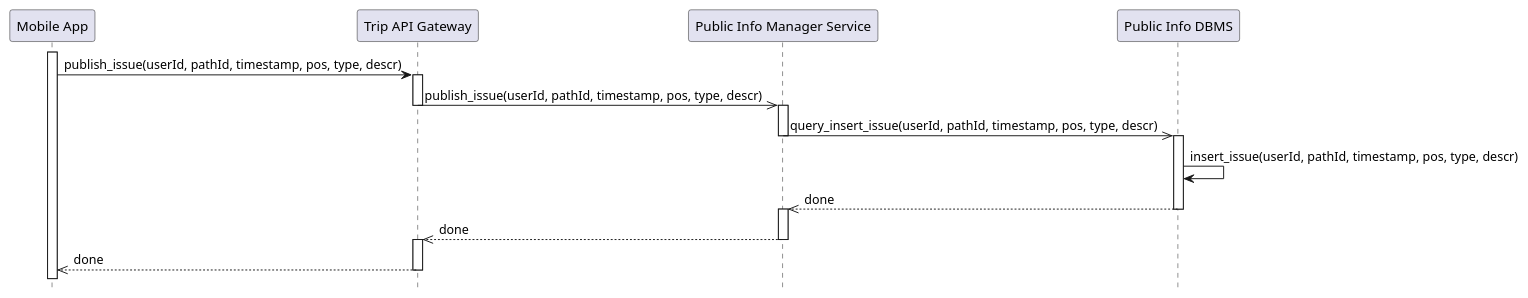
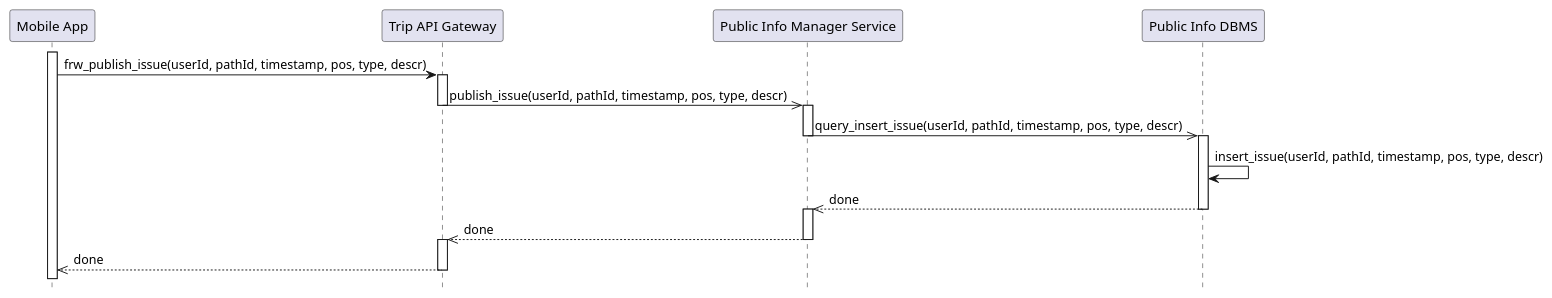
The diagram in diagrams/DD/sequenceDiagram/sd9_manual_report.puml (Guflie/PoliMi-SWE2-RDD-project), drawn with PlantUML before and after one commit. The commit also changed 20 other files, not shown here.

```diff
--- a/diagrams/DD/sequenceDiagram/sd9_manual_report.puml
+++ b/diagrams/DD/sequenceDiagram/sd9_manual_report.puml
@@ -1,30 +1,30 @@
 @startuml sd9_manual_report
 ' Refer to UC11
 hide footbox
 
 participant "Mobile App" as app
 participant "Trip API Gateway" as tapi
 participant "Public Info Manager Service" as pims
 participant "Public Info DBMS" as dbpi
 
 activate app
 
-app -> tapi : publish_issue(userId, pathId, timestamp, pos, type, descr)
+app -> tapi : frw_publish_issue(userId, pathId, timestamp, pos, type, descr)
 activate tapi
 tapi ->> pims : publish_issue(userId, pathId, timestamp, pos, type, descr)
 deactivate tapi
 activate pims
 pims ->> dbpi : query_insert_issue(userId, pathId, timestamp, pos, type, descr)
 deactivate pims
 activate dbpi
 dbpi -> dbpi : insert_issue(userId, pathId, timestamp, pos, type, descr)
 dbpi -->> pims : done
 deactivate dbpi
 activate pims
 pims -->> tapi : done
 deactivate pims
 activate tapi
 tapi -->> app : done
 deactivate tapi
 
 @enduml
```
